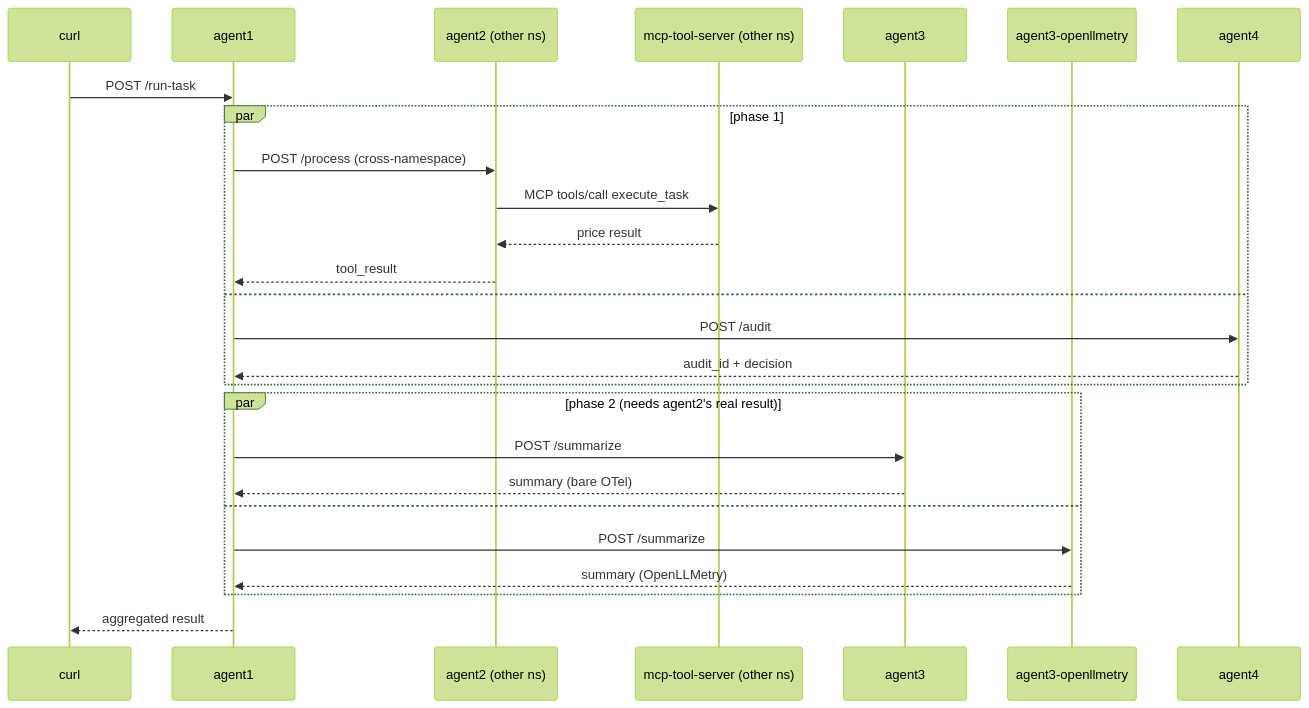
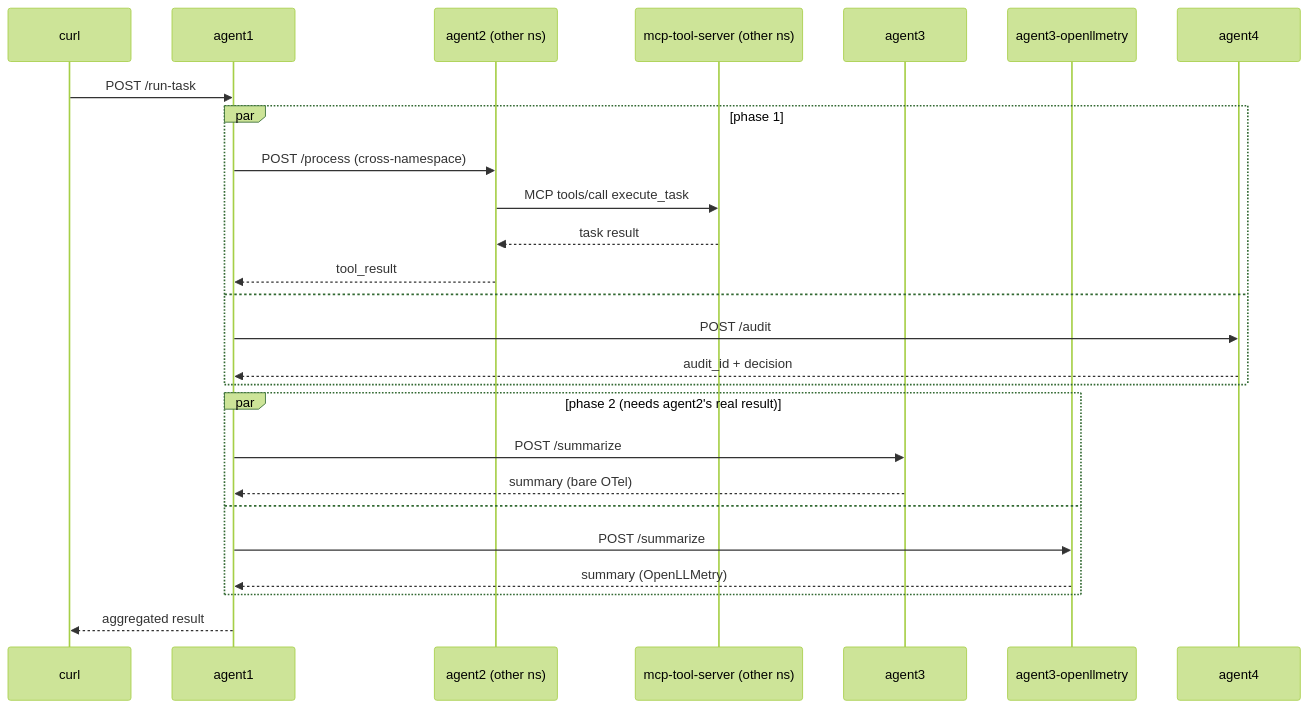
One commit to sf-matt/mcp-agent-tracing changed the second of 3 diagrams in README.md. Above: the diagram before and after it, drawn with Mermaid (forest theme). The commit also changed other lines of this file, not shown here.

First line of the commit message:
Fix stale 'price result' reference and inconsistent mermaid edge label syntax

````diff
--- a/README.md
+++ b/README.md
@@ -75,29 +75,29 @@
 ```mermaid
 sequenceDiagram
     participant U as curl
     participant A1 as agent1
     participant A2 as agent2 (other ns)
     participant M as mcp-tool-server (other ns)
     participant A3 as agent3
     participant A3O as agent3-openllmetry
     participant A4 as agent4
 
     U->>A1: POST /run-task
     par phase 1
         A1->>A2: POST /process (cross-namespace)
         A2->>M: MCP tools/call execute_task
-        M-->>A2: price result
+        M-->>A2: task result
         A2-->>A1: tool_result
     and
         A1->>A4: POST /audit
         A4-->>A1: audit_id + decision
     end
     par phase 2 (needs agent2's real result)
         A1->>A3: POST /summarize
         A3-->>A1: summary (bare OTel)
     and
         A1->>A3O: POST /summarize
         A3O-->>A1: summary (OpenLLMetry)
     end
     A1-->>U: aggregated result
 ```
````
